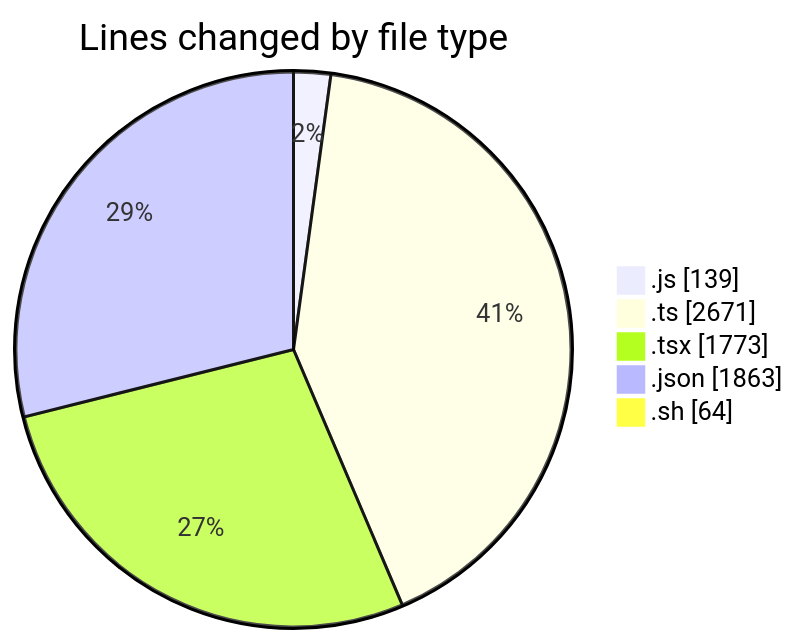
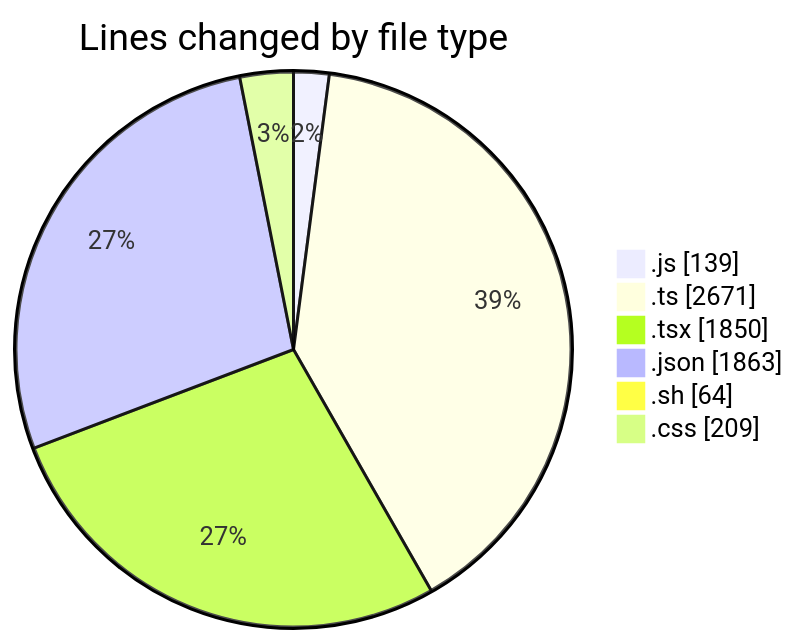
One commit to EIIisD/code-tracking changed the first of 2 diagrams in 2025-07-14/ribbon/README.md. Above: the diagram before and after it, drawn with Mermaid. The commit also changed other lines of this file and 1 other file, not shown here.

````diff
--- a/2025-07-14/ribbon/README.md
+++ b/2025-07-14/ribbon/README.md
@@ -50,9 +51,10 @@
 ```mermaid
 pie showData
 title Lines changed by file type
 ".js" : 139
 ".ts" : 2671
-".tsx" : 1773
+".tsx" : 1850
 ".json" : 1863
 ".sh" : 64
+".css" : 209
 ```
````
